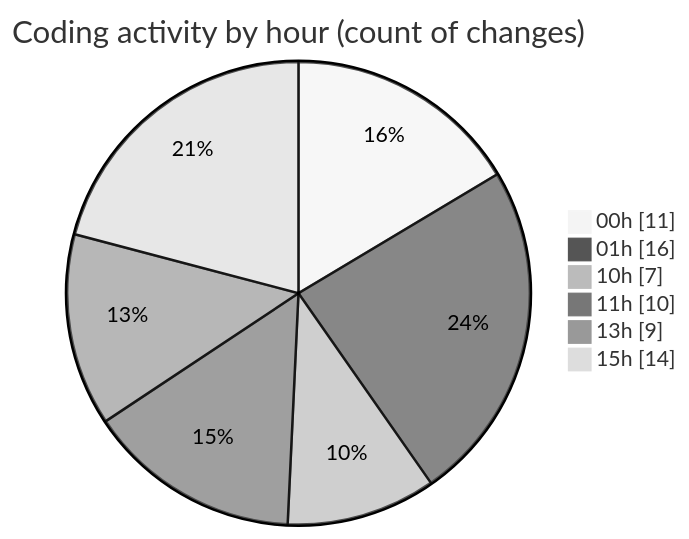
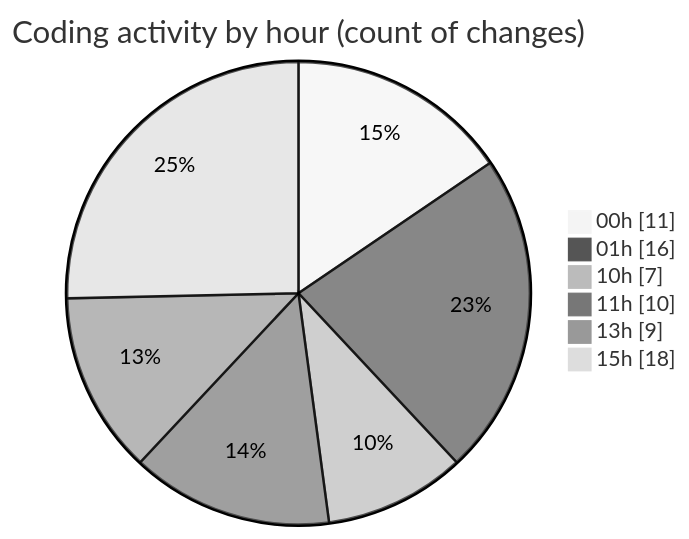
One commit to julien-gomy/code-tracking changed the second of 2 diagrams in 2025-10-11/eventscop-frontend-guide__workspace_/README.md. Above: the diagram before and after it, drawn with Mermaid (neutral theme). The commit also changed other lines of this file and 1 other file, not shown here.

````diff
--- a/2025-10-11/eventscop-frontend-guide__workspace_/README.md
+++ b/2025-10-11/eventscop-frontend-guide__workspace_/README.md
@@ -47,10 +48,10 @@
 ```mermaid
 pie showData
 title Coding activity by hour (count of changes)
 "00h" : 11
 "01h" : 16
 "10h" : 7
 "11h" : 10
 "13h" : 9
-"15h" : 14
+"15h" : 18
 ```
````
